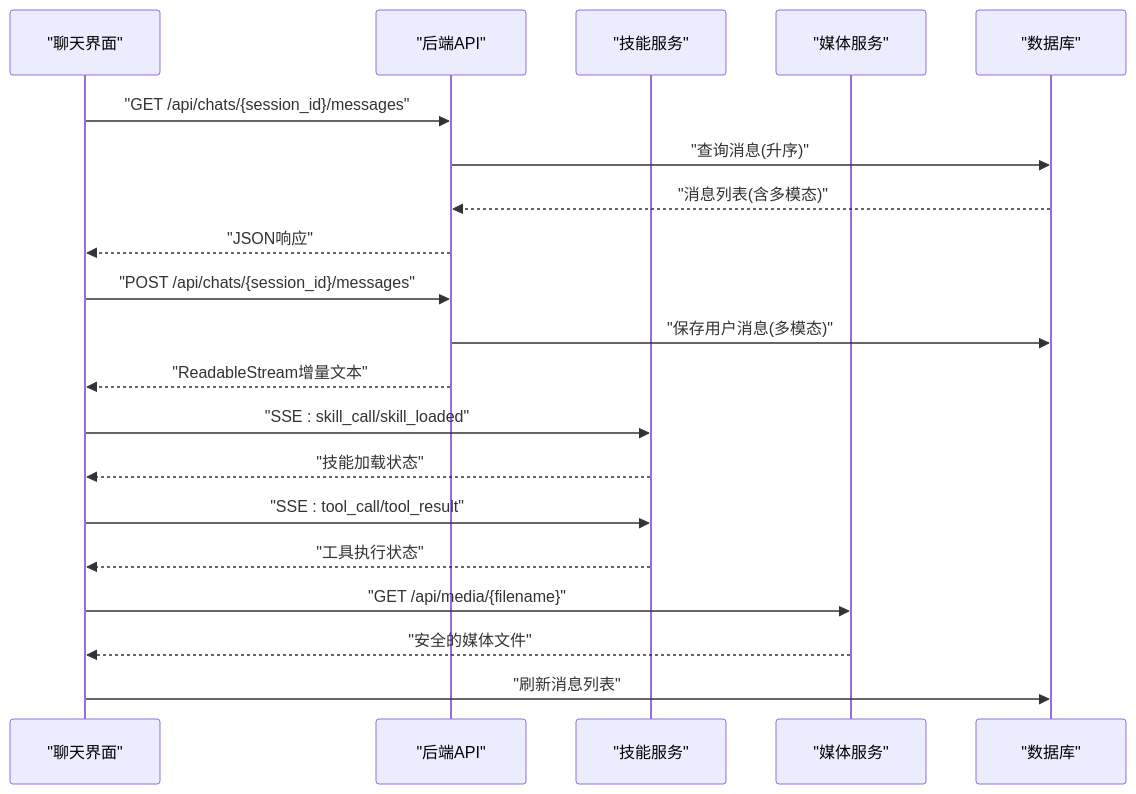
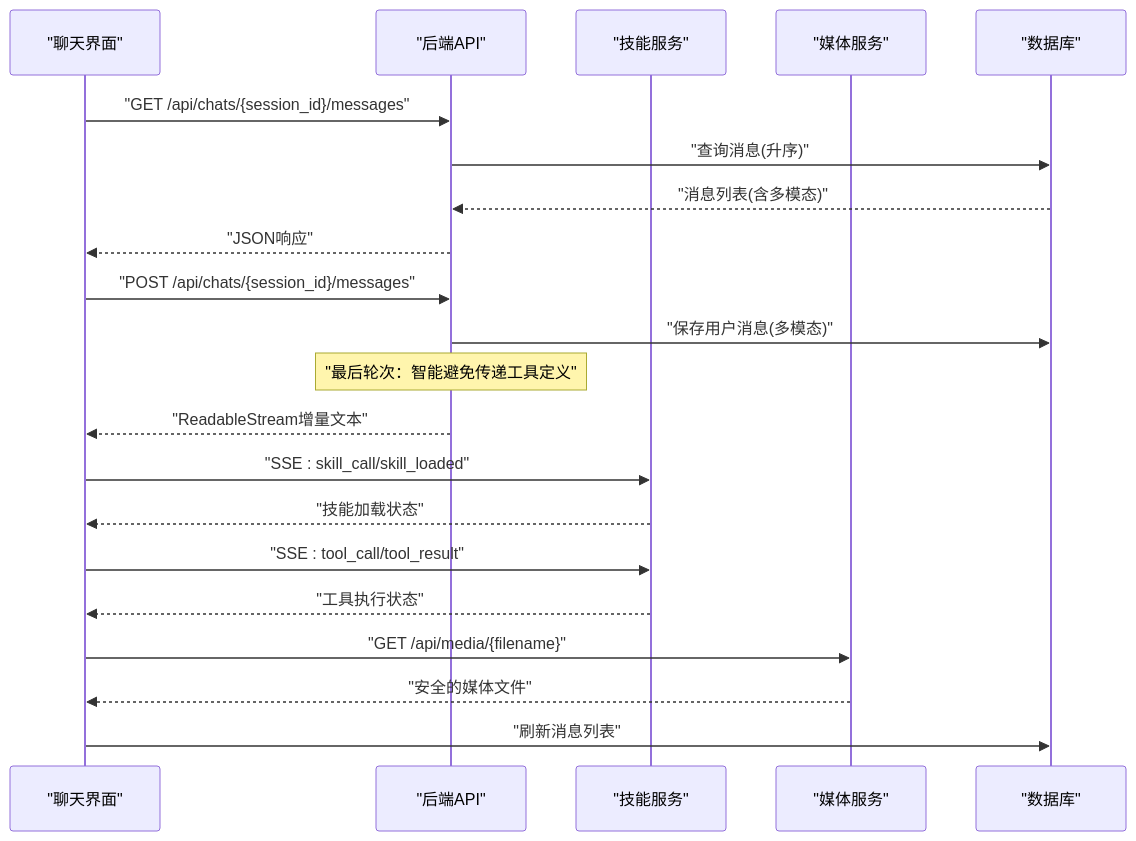
Before and after one commit to KunLabAI/KunFlix: the ninth of 12 diagrams in .qoder/repowiki/zh/content/后端开发指南/API路由系统/聊天交互API.md, drawn with Mermaid. The commit also changed other lines of this file and 43 other files, not shown here.

````diff
--- a/.qoder/repowiki/zh/content/后端开发指南/API路由系统/聊天交互API.md
+++ b/.qoder/repowiki/zh/content/后端开发指南/API路由系统/聊天交互API.md
@@ -445,22 +508,23 @@
 ```mermaid
 sequenceDiagram
 participant UI as "聊天界面"
 participant API as "后端API"
 participant Skills as "技能服务"
 participant Media as "媒体服务"
 participant DB as "数据库"
 UI->>API : "GET /api/chats/{session_id}/messages"
 API->>DB : "查询消息(升序)"
 DB-->>API : "消息列表(含多模态)"
 API-->>UI : "JSON响应"
 UI->>API : "POST /api/chats/{session_id}/messages"
 API->>DB : "保存用户消息(多模态)"
+Note over API : "最后轮次：智能避免传递工具定义"
 API-->>UI : "ReadableStream增量文本"
 UI->>Skills : "SSE : skill_call/skill_loaded"
 Skills-->>UI : "技能加载状态"
 UI->>Skills : "SSE : tool_call/tool_result"
 Skills-->>UI : "工具执行状态"
 UI->>Media : "GET /api/media/{filename}"
 Media-->>UI : "安全的媒体文件"
 UI->>DB : "刷新消息列表"
 ```
````
